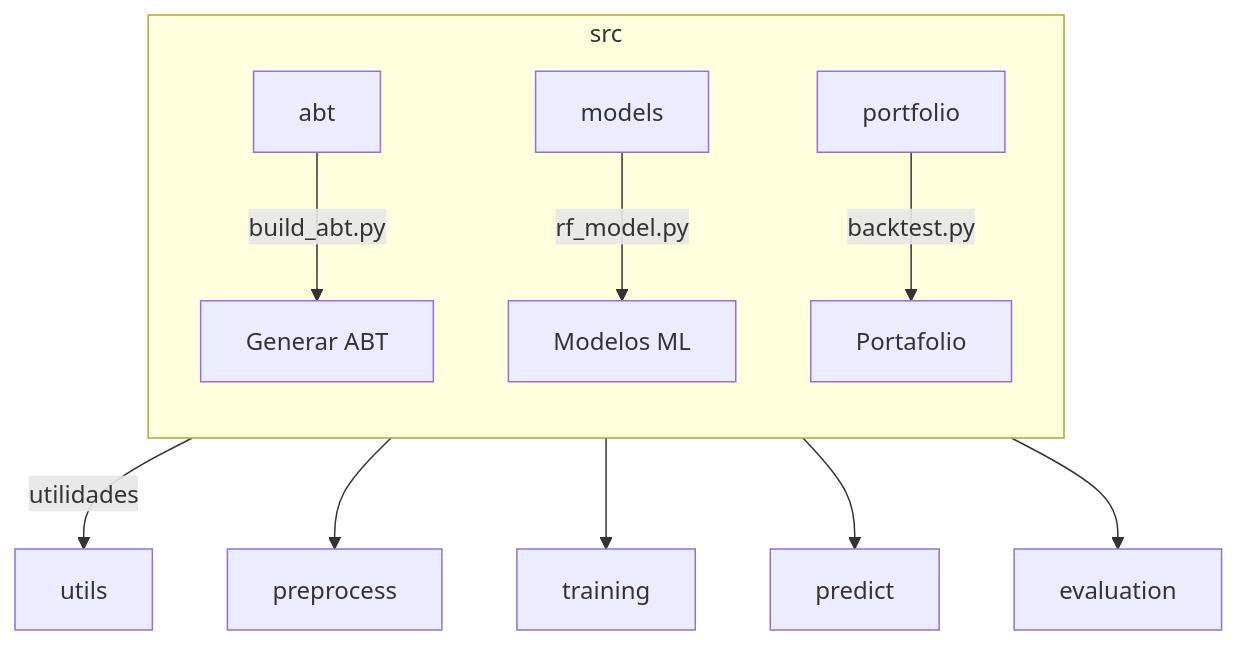
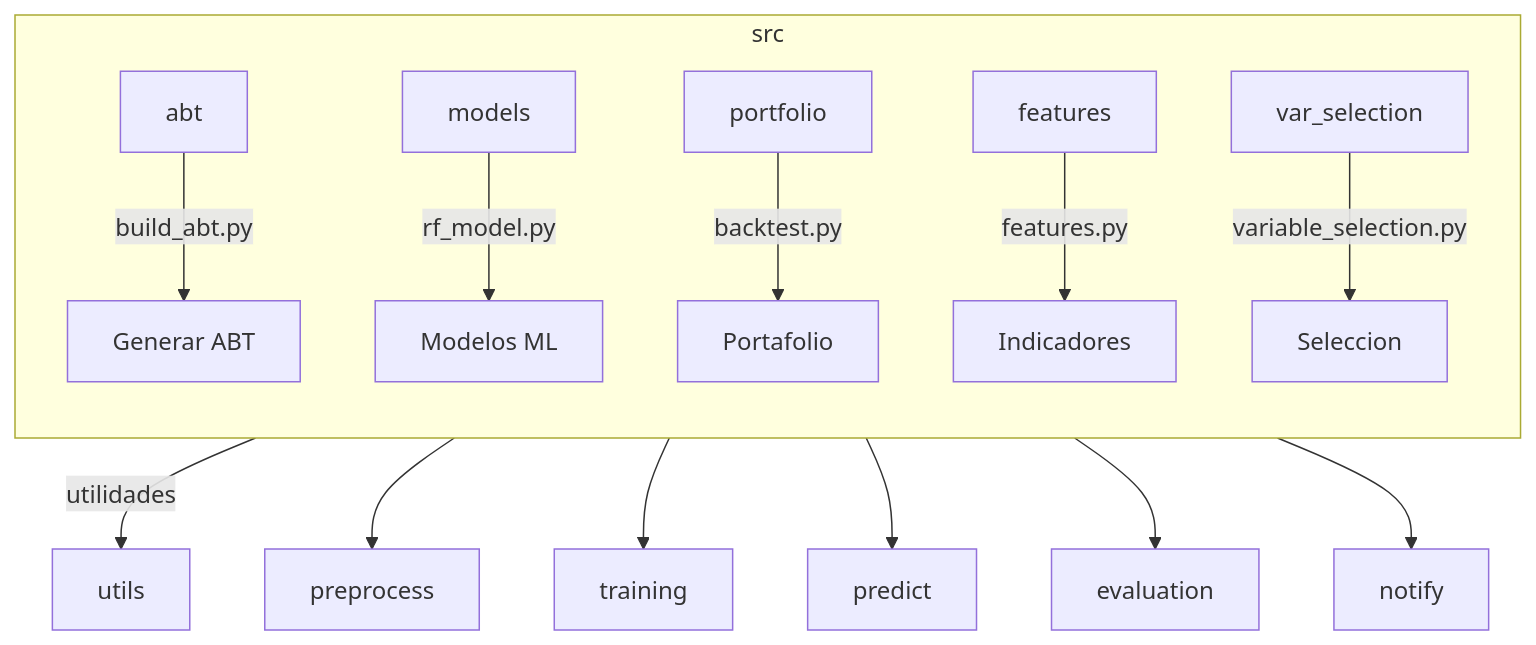
The second of 4 diagrams in README.md (jcval94/yahoo), drawn with Mermaid before and after one commit. The commit also changed other lines of this file, not shown here.

````diff
--- a/README.md
+++ b/README.md
@@ -68,14 +73,17 @@
 ```mermaid
 flowchart TB
     subgraph src
       direction TB
       A1[abt] -- build_abt.py --> A2[Generar ABT]
       B1[models] -- rf_model.py --> B2[Modelos ML]
       C1[portfolio] -- backtest.py --> C2[Portafolio]
+      D1[features] -- features.py --> D2[Indicadores]
+      E1[var_selection] -- variable_selection.py --> E2[Seleccion]
     end
     src -->|utilidades| utils
     src --> preprocess
     src --> training
     src --> predict
     src --> evaluation
+    src --> notify
 ```
````
